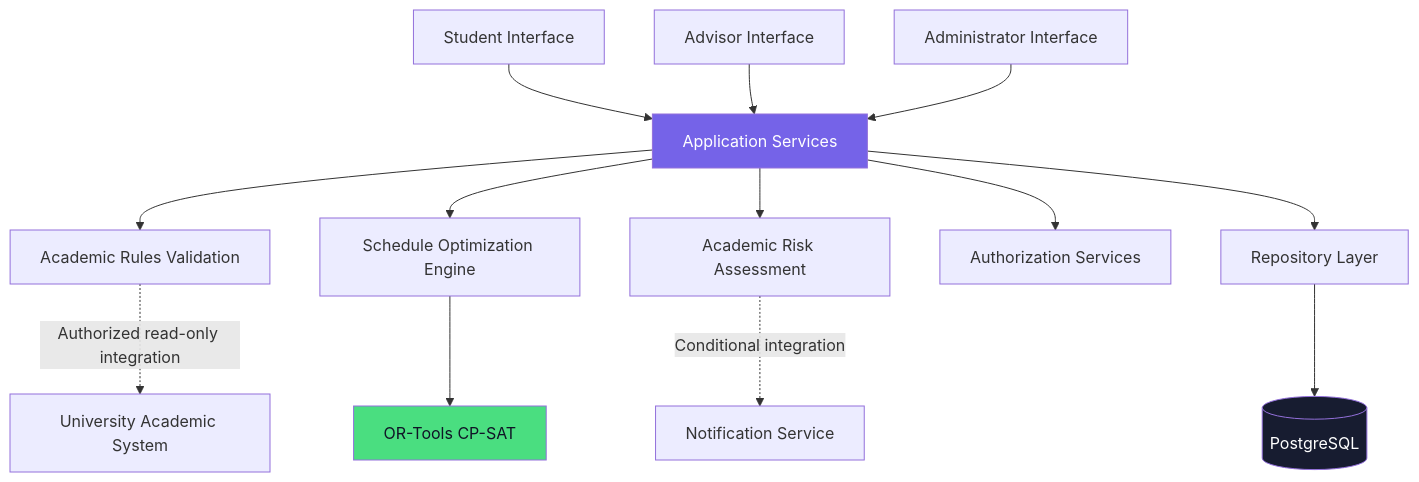
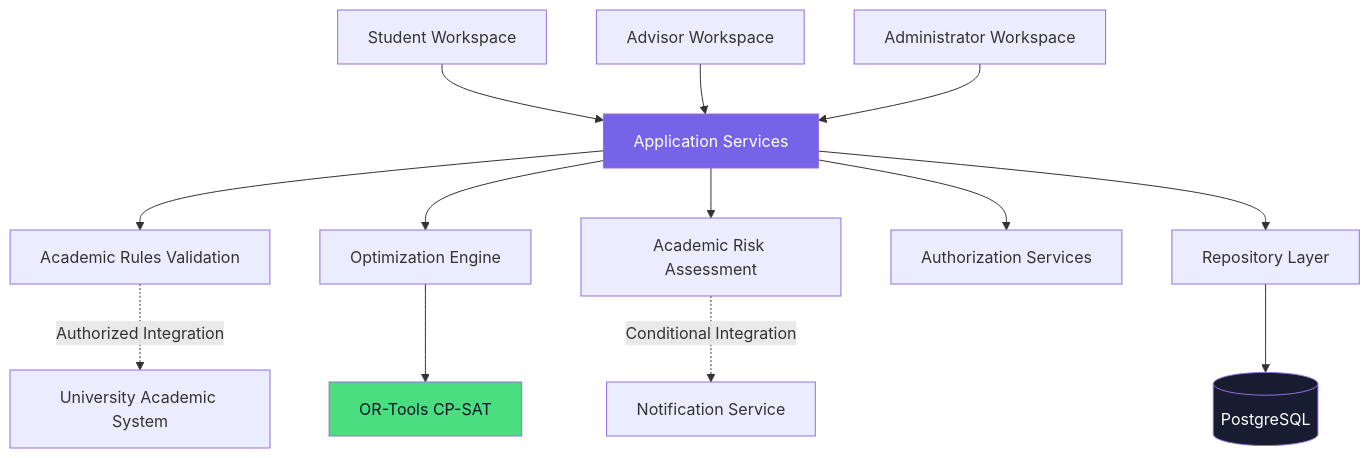
The fourth of 4 diagrams in README.md (chadiwala/Jadwalak-Academic-Planning-System), drawn with Mermaid before and after one commit. The commit also changed other lines of this file, not shown here.

````diff
--- a/README.md
+++ b/README.md
@@ -623,22 +831,22 @@
 ```mermaid
 flowchart TD
-    A[Student Interface] --> D[Application Services]
-    B[Advisor Interface] --> D
-    C[Administrator Interface] --> D
+    A[Student Workspace] --> D[Application Services]
+    B[Advisor Workspace] --> D
+    C[Administrator Workspace] --> D
 
     D --> E[Academic Rules Validation]
-    D --> F[Schedule Optimization Engine]
+    D --> F[Optimization Engine]
     D --> G[Academic Risk Assessment]
     D --> H[Authorization Services]
 
     F --> I[OR-Tools CP-SAT]
     D --> J[Repository Layer]
     J --> K[(PostgreSQL)]
 
-    E -. Authorized read-only integration .-> L[University Academic System]
-    G -. Conditional integration .-> M[Notification Service]
+    E -. Authorized Integration .-> L[University Academic System]
+    G -. Conditional Integration .-> M[Notification Service]
 
     style D fill:#7563E8,color:#fff
     style I fill:#4ADE80,color:#101426
     style K fill:#171C30,color:#fff
 ```
````
